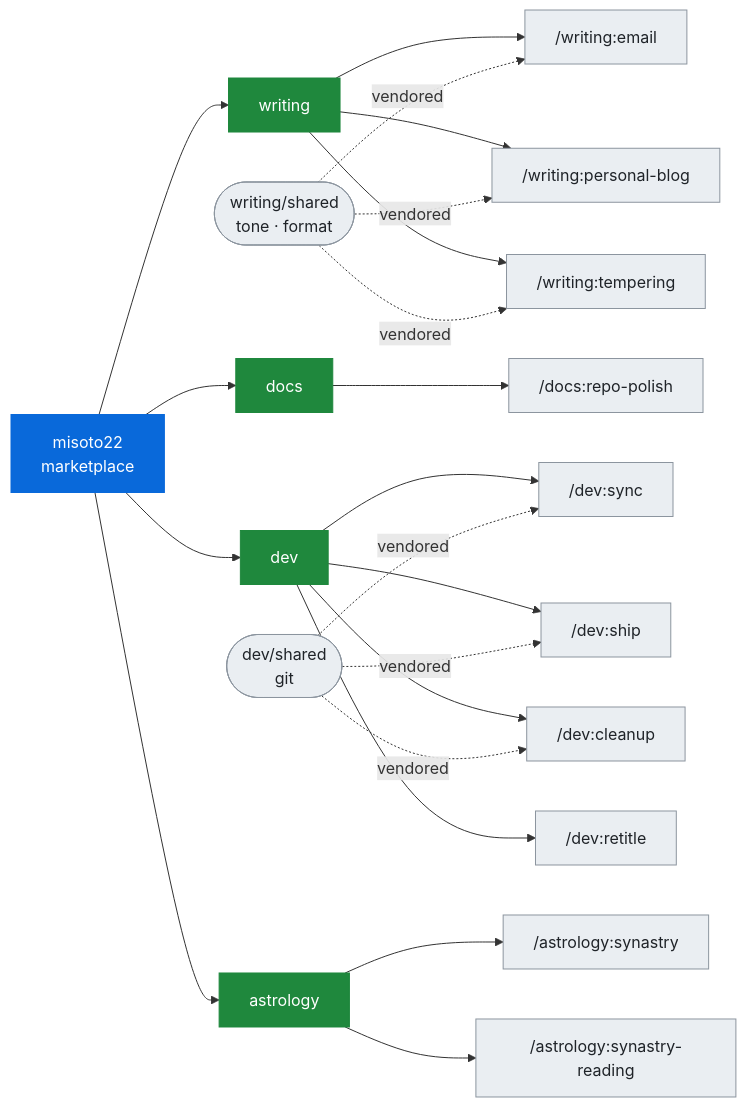
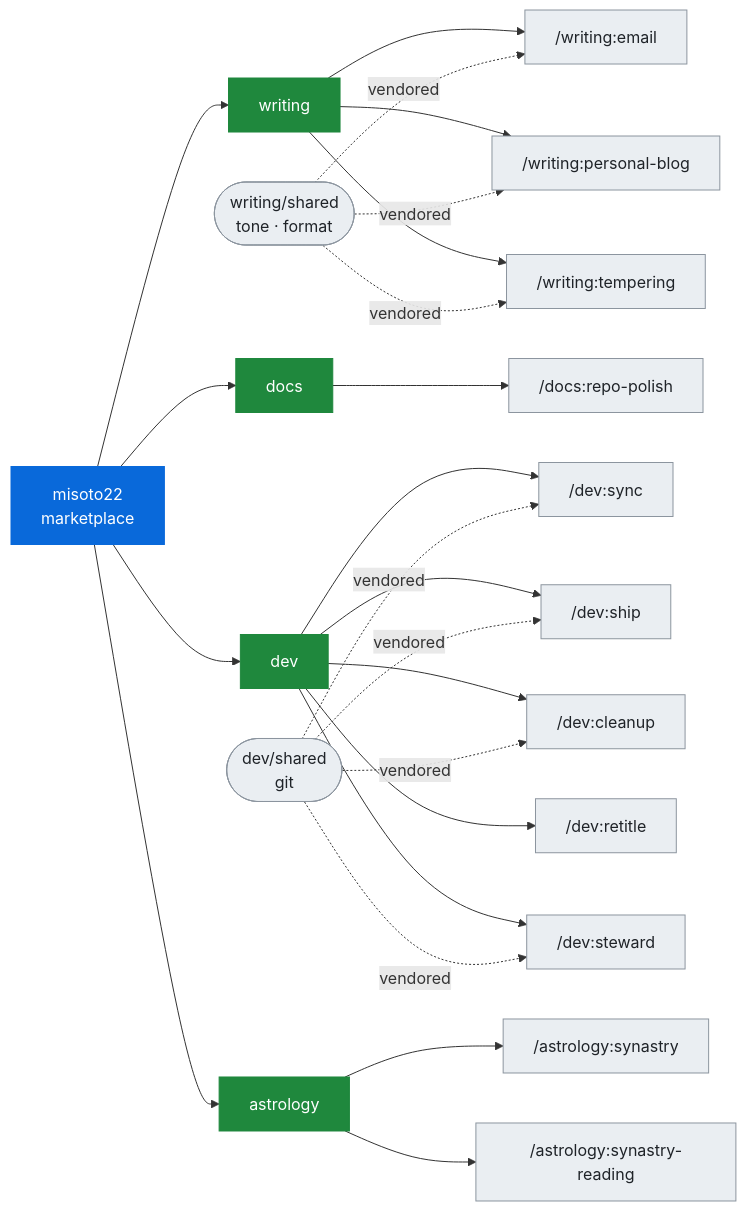
Before and after one commit to Misoto22/skills: the diagram in README.md, drawn with Mermaid. The commit also changed other lines of this file and 20 other files, not shown here.

First line of the commit message:
feat(dev): add steward for the sweep across every active repository (#93)

````diff
--- a/README.md
+++ b/README.md
@@ -223,17 +224,17 @@
 ```mermaid
 flowchart LR
   M["misoto22<br/>marketplace"] --> W["writing"] & D["docs"] & V["dev"] & A["astrology"]
   W --> E["/writing:email"] & PB["/writing:personal-blog"] & T["/writing:tempering"]
   D --> R["/docs:repo-polish"]
-  V --> SY["/dev:sync"] & SH["/dev:ship"] & CL["/dev:cleanup"] & RT["/dev:retitle"]
+  V --> SY["/dev:sync"] & SH["/dev:ship"] & CL["/dev:cleanup"] & RT["/dev:retitle"] & ST["/dev:steward"]
   A --> SN["/astrology:synastry"] & SR["/astrology:synastry-reading"]
   SW(["writing/shared<br/>tone · format"]) -.vendored.-> E & PB & T
-  SV(["dev/shared<br/>git"]) -.vendored.-> SY & SH & CL
+  SV(["dev/shared<br/>git"]) -.vendored.-> SY & SH & CL & ST
 
   classDef m fill:#0969da,stroke:#0969da,color:#fff
   classDef p fill:#1f883d,stroke:#1f883d,color:#fff
   classDef s fill:#eaeef2,stroke:#8c959f,color:#1f2328
   class M m
   class W,D,V,A p
-  class E,PB,T,R,SY,SH,CL,RT,SN,SR,SW,SV s
+  class E,PB,T,R,SY,SH,CL,RT,ST,SN,SR,SW,SV s
 ```
````
